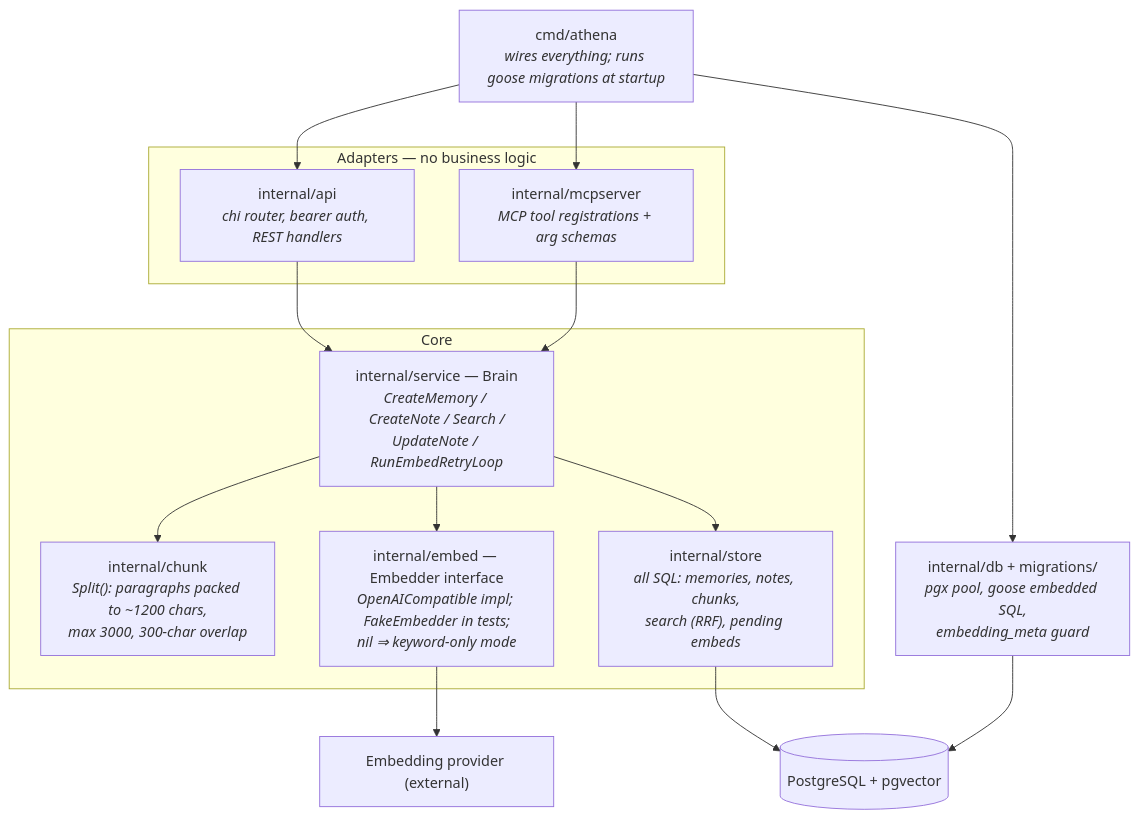
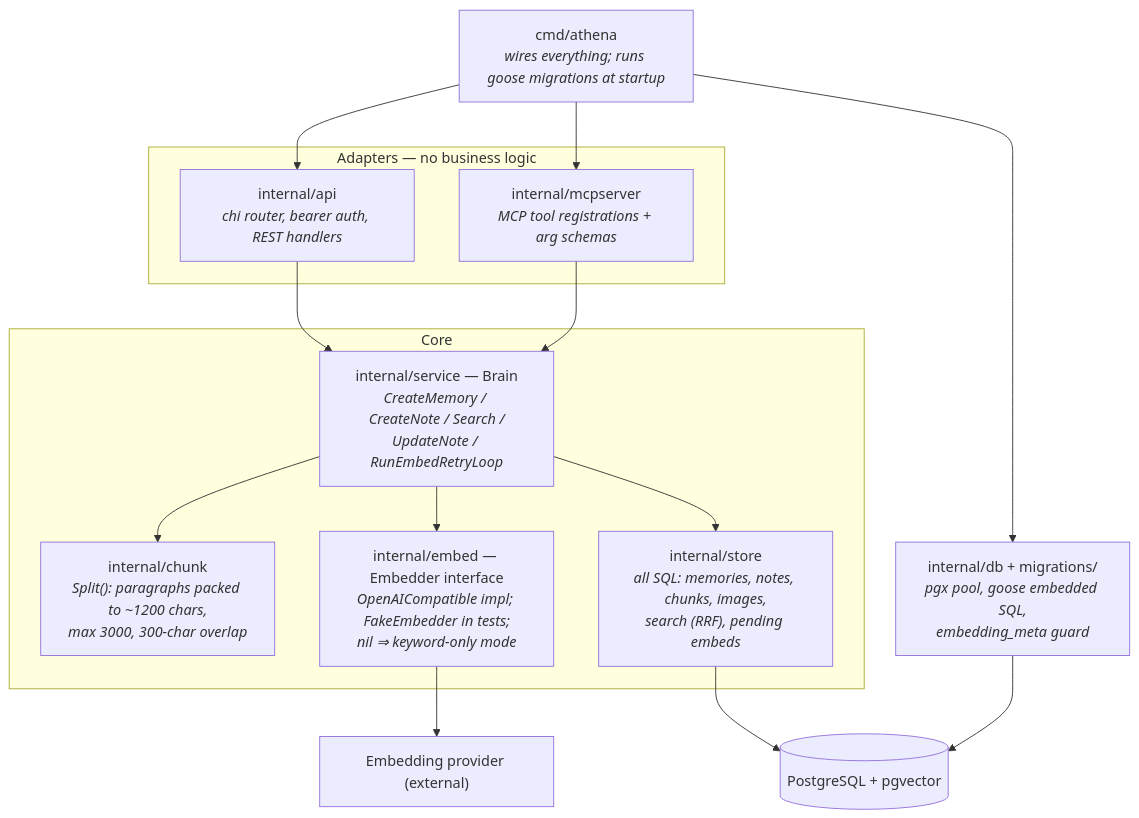
The third of 7 diagrams in docs/architecture.md (tmatti/athena), drawn with Mermaid before and after one commit. The commit also changed other lines of this file and 18 other files, not shown here.

````diff
--- a/docs/architecture.md
+++ b/docs/architecture.md
@@ -80,31 +81,31 @@
 ```mermaid
 flowchart TD
     main["cmd/athena<br/><i>wires everything; runs goose migrations at startup</i>"]
 
     subgraph adapters [Adapters — no business logic]
         api["internal/api<br/><i>chi router, bearer auth, REST handlers</i>"]
         mcps["internal/mcpserver<br/><i>MCP tool registrations + arg schemas</i>"]
     end
 
     subgraph core [Core]
         brain["internal/service — Brain<br/><i>CreateMemory / CreateNote / Search /<br/>UpdateNote / RunEmbedRetryLoop</i>"]
         chunk["internal/chunk<br/><i>Split(): paragraphs packed to ~1200 chars,<br/>max 3000, 300-char overlap</i>"]
         embed["internal/embed — Embedder interface<br/><i>OpenAICompatible impl; FakeEmbedder in tests;<br/>nil ⇒ keyword-only mode</i>"]
-        store["internal/store<br/><i>all SQL: memories, notes, chunks,<br/>search (RRF), pending embeds</i>"]
+        store["internal/store<br/><i>all SQL: memories, notes, chunks, images,<br/>search (RRF), pending embeds</i>"]
     end
 
     db["internal/db + migrations/<br/><i>pgx pool, goose embedded SQL,<br/>embedding_meta guard</i>"]
     pg[("PostgreSQL + pgvector")]
     ext["Embedding provider (external)"]
 
     main --> api & mcps
     api --> brain
     mcps --> brain
     brain --> chunk
     brain --> embed
     brain --> store
     main --> db
     store --> pg
     db --> pg
     embed --> ext
 ```
````
